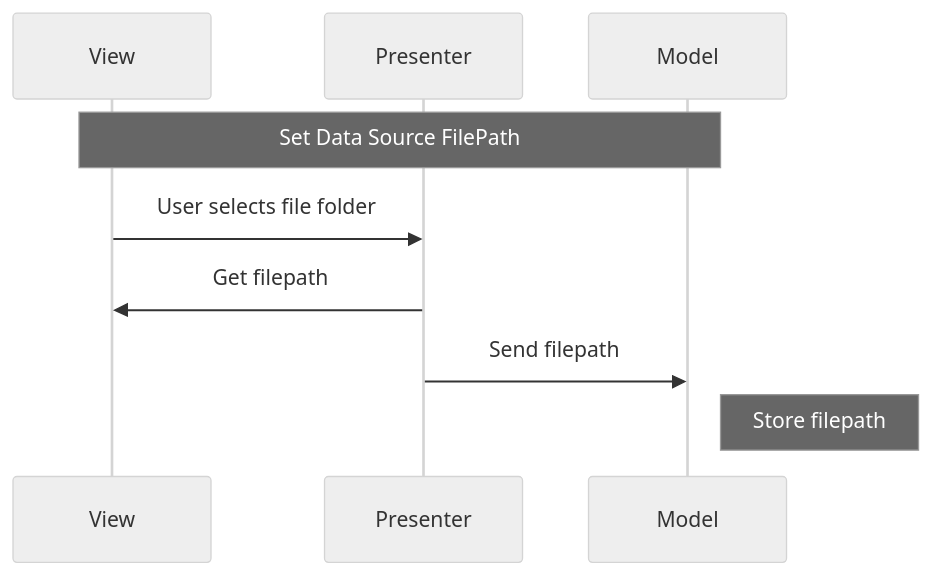
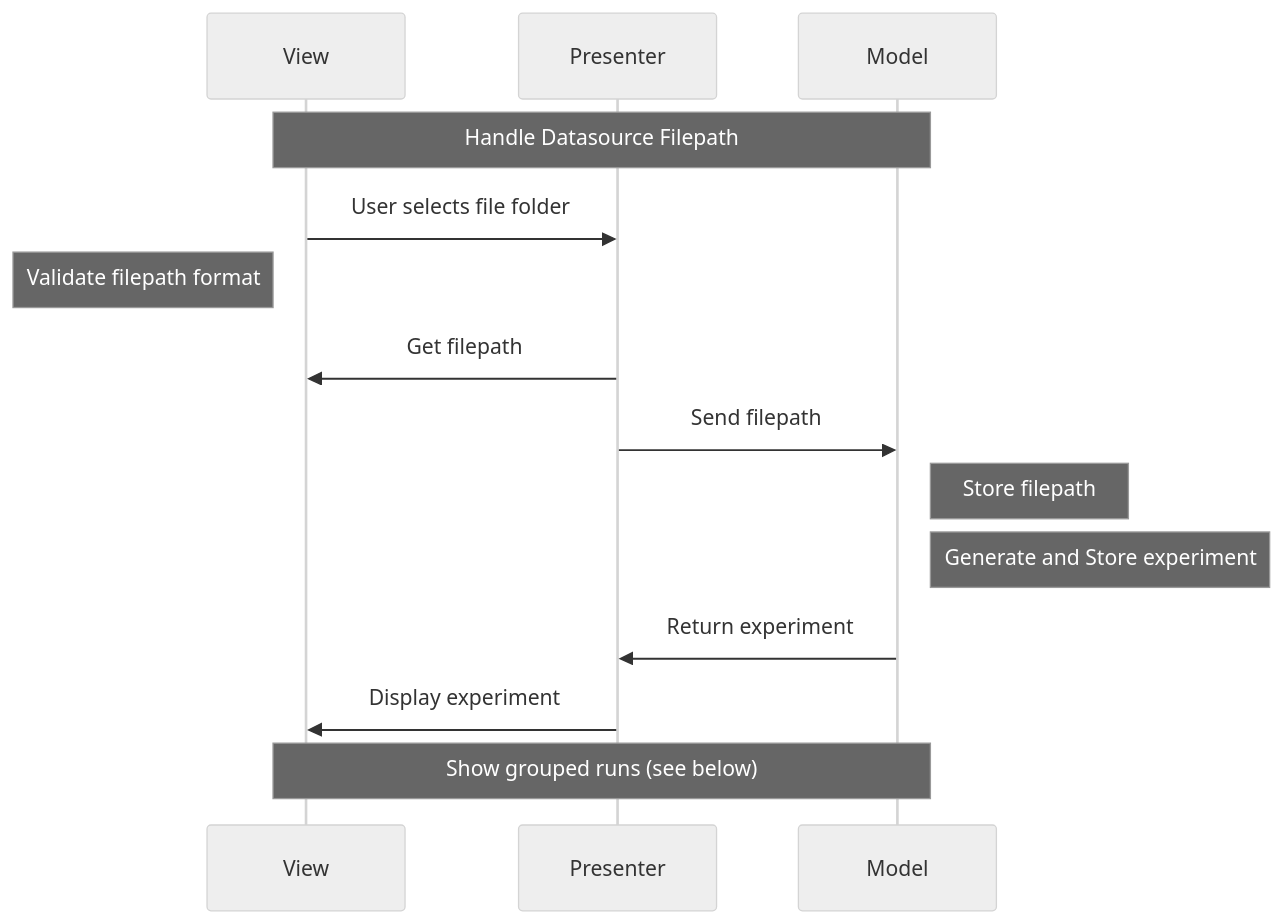
The fourth of 9 diagrams in docs/source/design/oncat_mvp.rst (neutrons/garnet), drawn with Mermaid (neutral theme) before and after one commit. The commit also changed other lines of this file and 6 other files, not shown here.

```diff
--- a/docs/source/design/oncat_mvp.rst
+++ b/docs/source/design/oncat_mvp.rst
@@ -110,12 +129,17 @@
-.. mermaid::
+        .. mermaid::
 
-    sequenceDiagram
-        participant View
-        participant Presenter
-        participant Model
+            sequenceDiagram
+                participant View
+                participant Presenter
+                participant Model
 
-        Note over View,Model: Set Data Source FilePath
-        View->>Presenter: User selects file folder
-        Presenter->>View: Get filepath
-        Presenter->>Model: Send filepath
-        Note right of Model: Store filepath
+                Note over View,Model: Handle Datasource Filepath
+                View->>Presenter: User selects file folder
+                Note left of View: Validate filepath format
+                Presenter->>View: Get filepath
+                Presenter->>Model: Send filepath
+                Note right of Model: Store filepath
+                Note right of Model: Generate and Store experiment
+                Model->>Presenter: Return experiment
+                Presenter->>View: Display experiment
+                Note over View,Model: Show grouped runs (see below)
```
